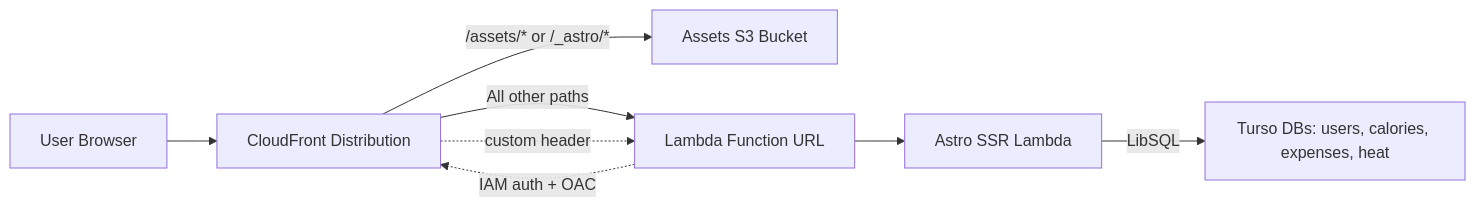
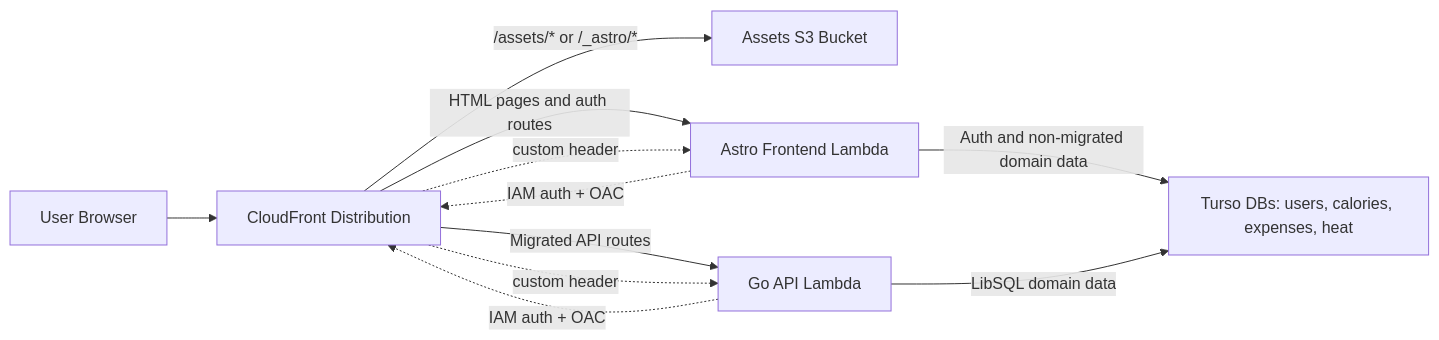
One commit to Hughzu/trackstack changed the diagram in docs/ARCHITECTURE.md. Above: the diagram before and after it, drawn with Mermaid. The commit also changed other lines of this file and 23 other files, not shown here.

````diff
--- a/docs/ARCHITECTURE.md
+++ b/docs/ARCHITECTURE.md
@@ -7,11 +7,14 @@
 ```mermaid
 flowchart LR
   U[User Browser] --> CF[CloudFront Distribution]
   CF -->|/assets/* or /_astro/*| S3[Assets S3 Bucket]
-  CF -->|All other paths| LURL[Lambda Function URL]
-  LURL --> SSR[Astro SSR Lambda]
-  SSR -->|LibSQL| TU[Turso DBs: users, calories, expenses, heat]
+  CF -->|HTML pages and auth routes| AFL[Astro Frontend Lambda]
+  CF -->|Migrated API routes| GFL[Go API Lambda]
+  AFL -->|Auth and non-migrated domain data| TU[Turso DBs: users, calories, expenses, heat]
+  GFL -->|LibSQL domain data| TU
 
-  CF -. custom header .-> LURL
-  LURL -. IAM auth + OAC .-> CF
+  CF -. custom header .-> AFL
+  CF -. custom header .-> GFL
+  AFL -. IAM auth + OAC .-> CF
+  GFL -. IAM auth + OAC .-> CF
 ```
````
